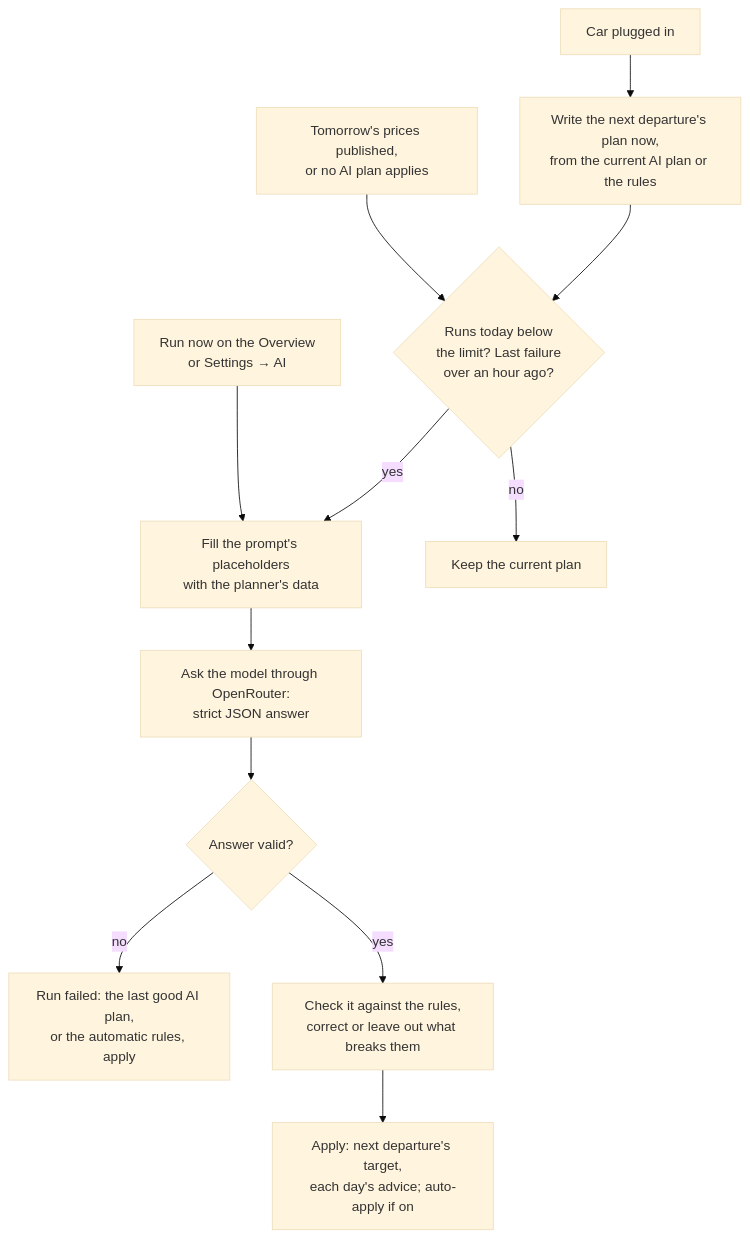
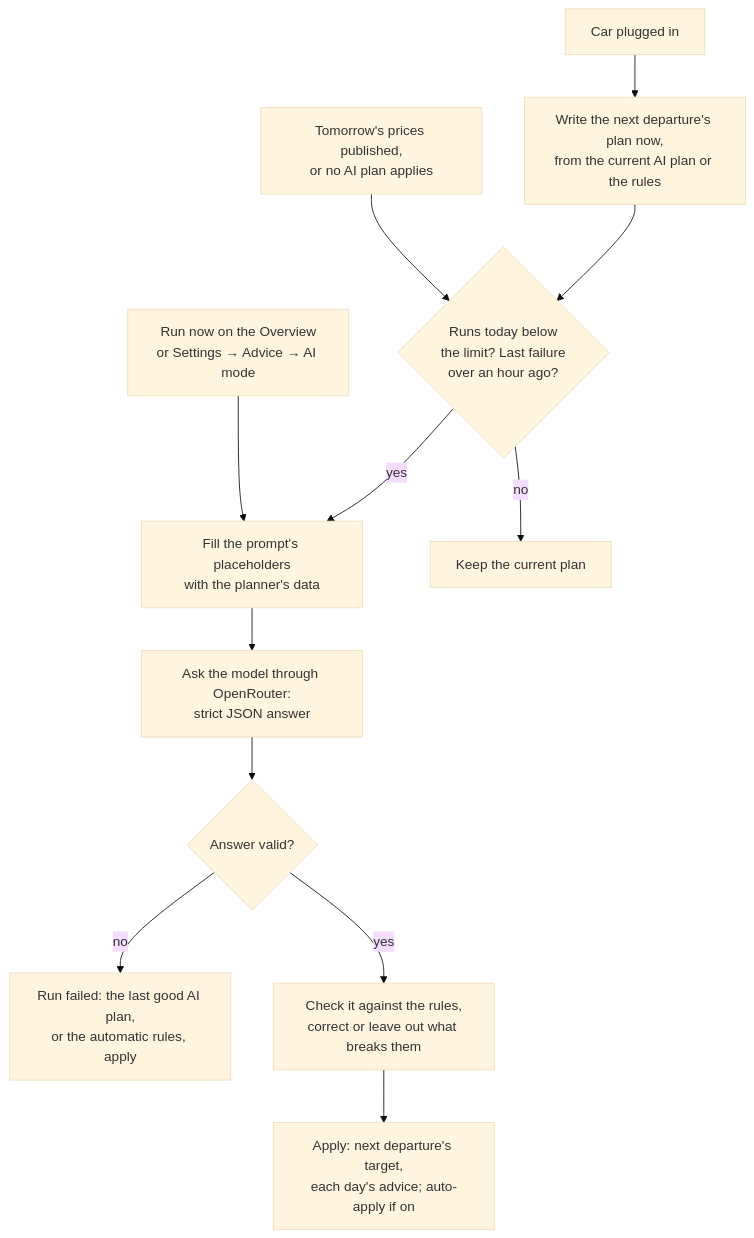
The fifth of 7 diagrams in AUTOMATION.md (diogoap/evcc-planner), drawn with Mermaid (base theme) before and after one commit. The commit also changed other lines of this file and 26 other files, not shown here.

````diff
--- a/AUTOMATION.md
+++ b/AUTOMATION.md
@@ -367,13 +394,13 @@
 ```mermaid
 flowchart TD
     T1[Tomorrow's prices published,<br/>or no AI plan applies] --> L
     T2[Car plugged in] --> W[Write the next departure's plan now,<br/>from the current AI plan or the rules] --> L
-    T3[Run now on the Overview<br/>or Settings → AI] --> R
+    T3[Run now on the Overview<br/>or Settings → Advice → AI mode] --> R
     L{Runs today below<br/>the limit? Last failure<br/>over an hour ago?} -- no --> S[Keep the current plan]
     L -- yes --> R[Fill the prompt's placeholders<br/>with the planner's data]
     R --> M[Ask the model through OpenRouter:<br/>strict JSON answer]
     M --> C{Answer valid?}
     C -- no --> F[Run failed: the last good AI plan,<br/>or the automatic rules, apply]
     C -- yes --> V[Check it against the rules,<br/>correct or leave out what breaks them]
     V --> A[Apply: next departure's target,<br/>each day's advice; auto-apply if on]
 ```
````
